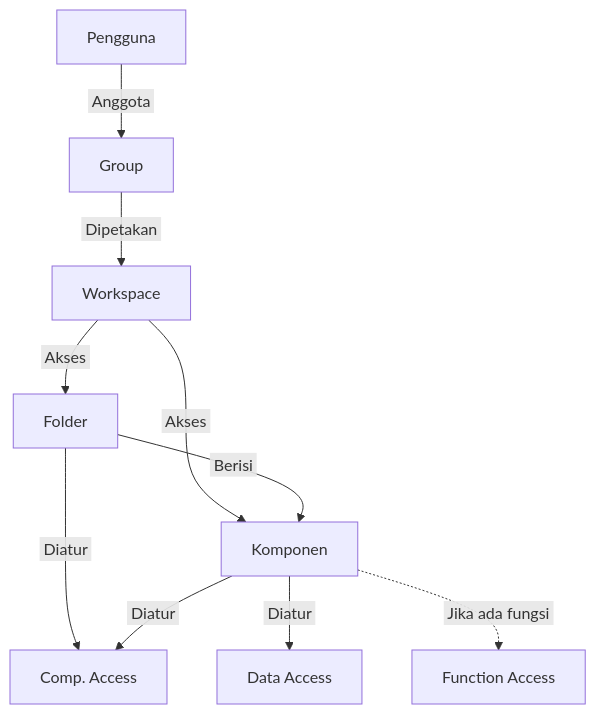
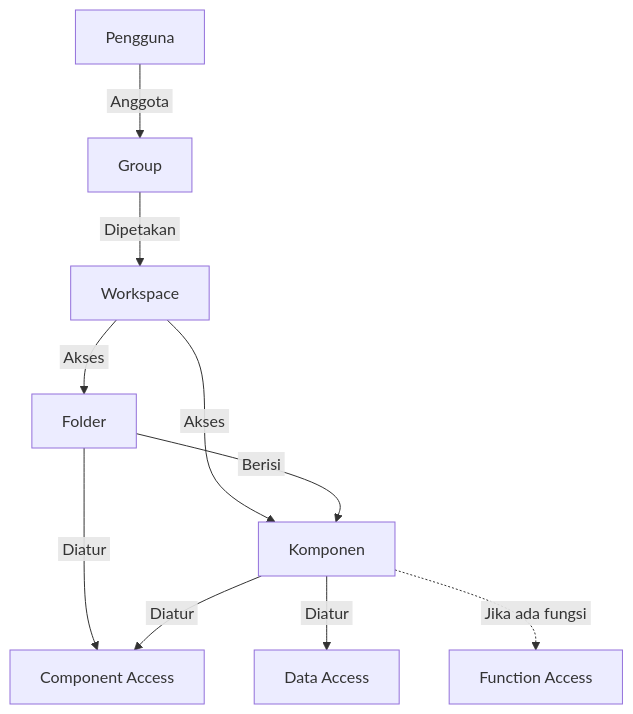
Before and after one commit to ginalne/phoenix-docs: the diagram in Docs/Modul Developer/Workspace/Apa itu Workspace.md, drawn with Mermaid. The commit also changed other lines of this file and 21 other files, not shown here.

````diff
--- a/Docs/Modul Developer/Workspace/Apa itu Workspace.md
+++ b/Docs/Modul Developer/Workspace/Apa itu Workspace.md
@@ -56,12 +56,12 @@
 ```mermaid
 flowchart TD
     U["Pengguna"] -->|&nbsp;Anggota&nbsp;| G["Group"]
     G -->|&nbsp;Dipetakan&nbsp;| W["Workspace"]
     W -->|&nbsp;Akses&nbsp;| F["Folder"]
     W -->|&nbsp;Akses&nbsp;| K["Komponen"]
     F -->|&nbsp;Berisi&nbsp;| K
-    F -->|&nbsp;Diatur&nbsp;| C["Comp. Access"]
+    F -->|&nbsp;Diatur&nbsp;| C["Component Access"]
     K -->|&nbsp;Diatur&nbsp;| C
     K -->|&nbsp;Diatur&nbsp;| D["Data Access"]
     K -.->|&nbsp;Jika ada fungsi&nbsp;| FN["Function Access"]
 ```
````
